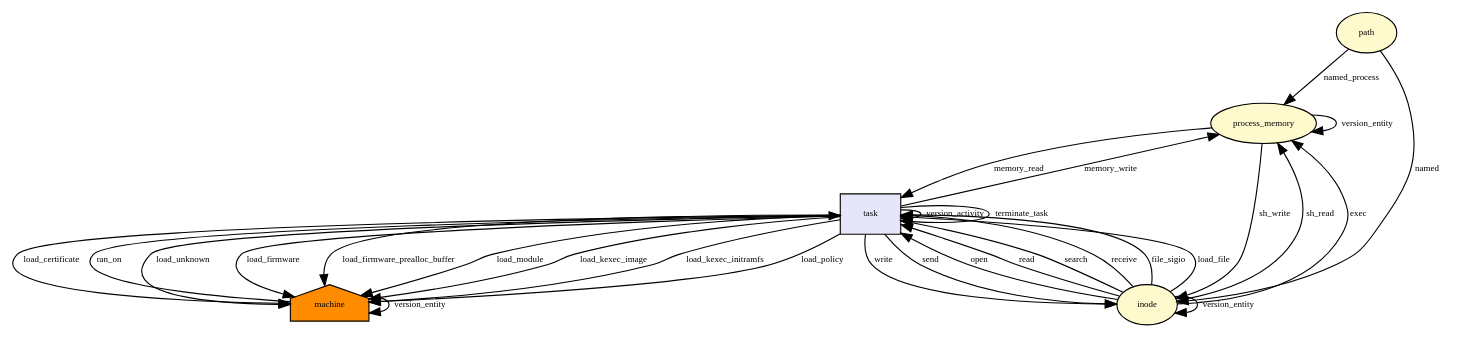
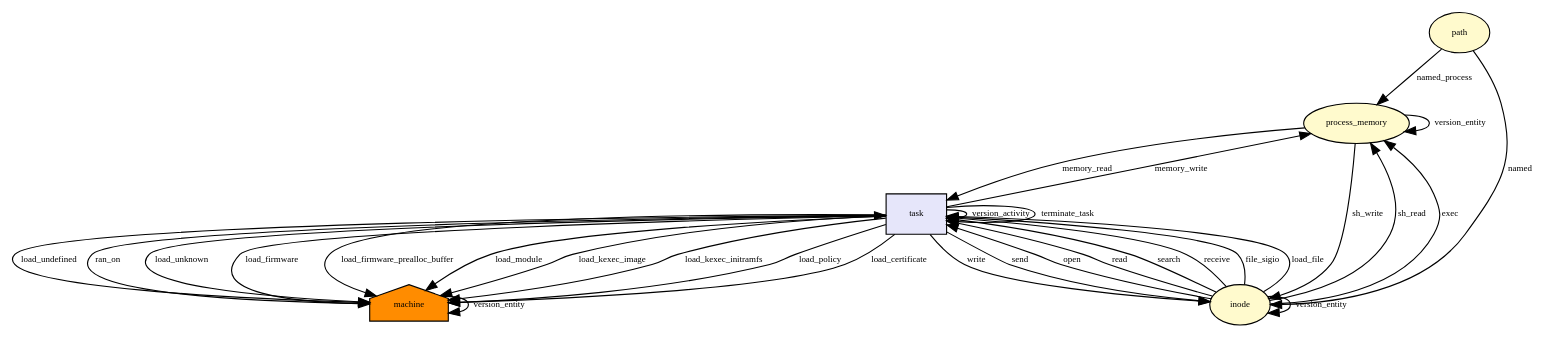
Before and after one commit to CamFlow/camflow-dev: the diagram in docs/dot/__x64_sys_kexec_file_load.dot, drawn with Graphviz. The commit also changed 11 other files, not shown here.

Commit message:
RL_LOAD_UNDEFINED

```diff
--- a/docs/dot/__x64_sys_kexec_file_load.dot
+++ b/docs/dot/__x64_sys_kexec_file_load.dot
@@ -1,69 +1,71 @@
 digraph RGL__DirectedAdjacencyGraph {path[fontsize = 8,label = path,shape = ellipse, fillcolor="#fffacd", style = filled]
 
 process_memory[fontsize = 8,label = process_memory,shape = ellipse, fillcolor="#fffacd", style = filled]
 
 path -> process_memory[fontsize = 8,label = named_process]
 
 machine[fontsize = 8,label = machine,shape = house, fillcolor="#ff8c00", style = filled]
 
 task[fontsize = 8,label = task,shape = rectangle, fillcolor="#e6e6fa", style = filled]
 
 machine -> task[fontsize = 8,label = ran_on]
 
 inode[fontsize = 8,label = inode,shape = ellipse, fillcolor="#fffacd", style = filled]
 
 path -> inode[fontsize = 8,label = named]
 
 inode -> task[fontsize = 8,label = open]
 
 task -> process_memory[fontsize = 8,label = memory_write]
 
 task -> task[fontsize = 8,label = version_activity]
 
 process_memory -> process_memory[fontsize = 8,label = version_entity]
 
 process_memory -> inode[fontsize = 8,label = sh_write]
 
 inode -> inode[fontsize = 8,label = version_entity]
 
 process_memory -> task[fontsize = 8,label = memory_read]
 
 task -> inode[fontsize = 8,label = write]
 
 inode -> process_memory[fontsize = 8,label = sh_read]
 
 inode -> task[fontsize = 8,label = read]
 
 inode -> task[fontsize = 8,label = search]
 
 task -> inode[fontsize = 8,label = send]
 
 inode -> task[fontsize = 8,label = receive]
 
 inode -> process_memory[fontsize = 8,label = exec]
 
 inode -> task[fontsize = 8,label = file_sigio]
 
 inode -> task[fontsize = 8,label = load_file]
 
 task -> machine[fontsize = 8,label = load_unknown]
 
 machine -> machine[fontsize = 8,label = version_entity]
 
 task -> machine[fontsize = 8,label = load_firmware]
 
 task -> machine[fontsize = 8,label = load_firmware_prealloc_buffer]
 
 task -> machine[fontsize = 8,label = load_module]
 
 task -> machine[fontsize = 8,label = load_kexec_image]
 
 task -> machine[fontsize = 8,label = load_kexec_initramfs]
 
 task -> machine[fontsize = 8,label = load_policy]
 
 task -> machine[fontsize = 8,label = load_certificate]
 
+task -> machine[fontsize = 8,label = load_undefined]
+
 task -> task[fontsize = 8,label = terminate_task]
 
 }
```
